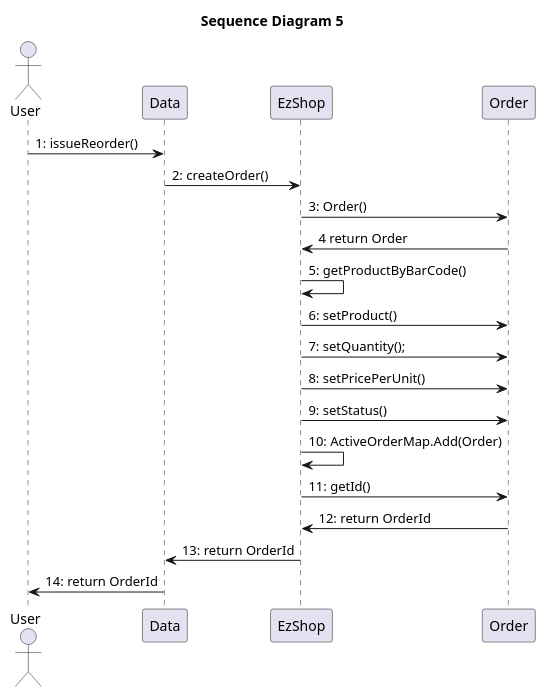
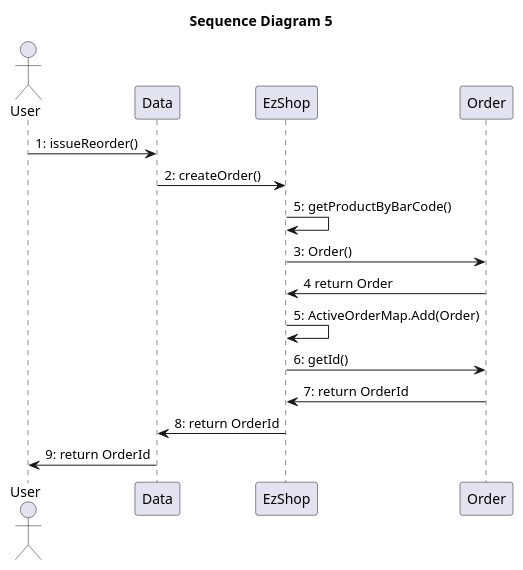
Before and after one commit to paolotron/EzshoProject31: the seventh of 15 diagrams in Deliverables/DesignDocument.md, drawn with PlantUML. The commit also changed other lines of this file, not shown here.

````diff
--- a/Deliverables/DesignDocument.md
+++ b/Deliverables/DesignDocument.md
@@ -389,24 +391,20 @@
 ``` plantuml
 @startuml
 title "Sequence Diagram 5"
 actor User as U1
 participant Data
 participant EzShop
 participant Order as O
 
 U1->Data: 1: issueReorder()
 Data->EzShop: 2: createOrder()
+EzShop->EzShop: 5: getProductByBarCode()
 EzShop->O: 3: Order()
 O->EzShop: 4 return Order
-EzShop->EzShop: 5: getProductByBarCode()
-EzShop->O: 6: setProduct()
-EzShop->O: 7: setQuantity();
-EzShop->O: 8: setPricePerUnit()
-EzShop->O: 9: setStatus()
-EzShop->EzShop: 10: ActiveOrderMap.Add(Order)
-EzShop->O: 11: getId()
-O->EzShop: 12: return OrderId
-EzShop->Data: 13: return OrderId
-Data->U1: 14: return OrderId
+EzShop->EzShop: 5: ActiveOrderMap.Add(Order)
+EzShop->O: 6: getId()
+O->EzShop: 7: return OrderId
+EzShop->Data: 8: return OrderId
+Data->U1: 9: return OrderId
 @enduml
 ```
````
